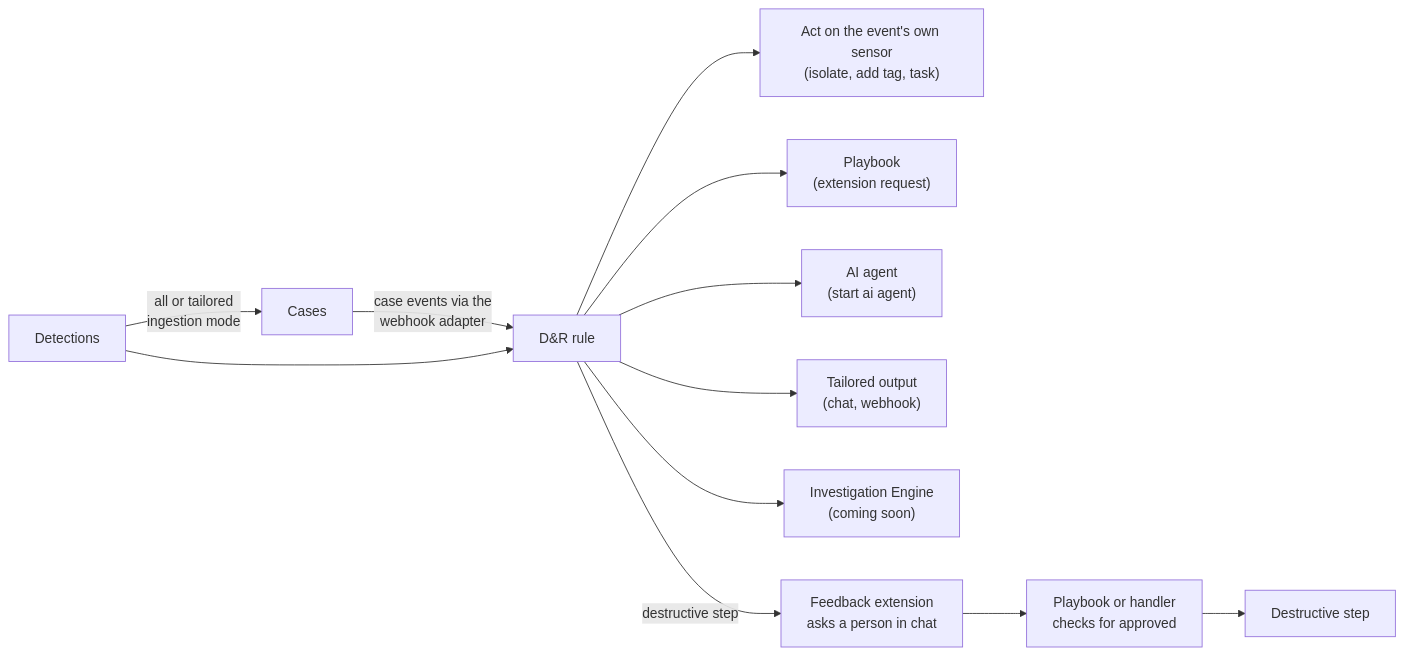
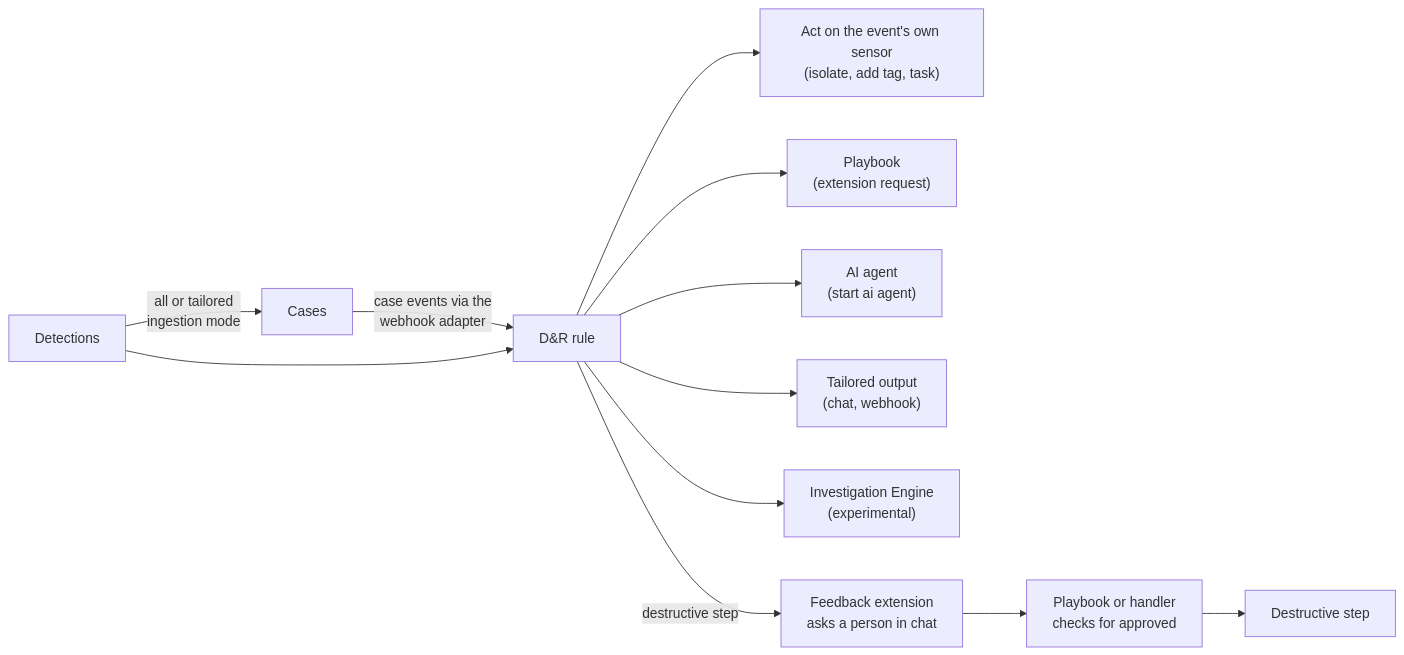
The second of 2 diagrams in docs/1-getting-started/mssp-deployment/detection-response.md (refractionPOINT/documentation), drawn with Mermaid before and after one commit. The commit also changed other lines of this file and 23 other files, not shown here.

Commit message:
Rewrite the Investigation Engine docs: templates decide, one settings record, run queue, custom code and AI agents

````diff
--- a/docs/1-getting-started/mssp-deployment/detection-response.md
+++ b/docs/1-getting-started/mssp-deployment/detection-response.md
@@ -108,14 +108,14 @@
 ```mermaid
 flowchart LR
     DET["Detections"] -->|"all or tailored<br/>ingestion mode"| CASES["Cases"]
     CASES -->|"case events via the<br/>webhook adapter"| RULE["D&R rule"]
     DET --> RULE
     RULE --> SENSOR["Act on the event's own sensor<br/>(isolate, add tag, task)"]
     RULE --> PB["Playbook<br/>(extension request)"]
     RULE --> AI["AI agent<br/>(start ai agent)"]
     RULE --> OUT["Tailored output<br/>(chat, webhook)"]
-    RULE --> IE["Investigation Engine<br/>(coming soon)"]
+    RULE --> IE["Investigation Engine<br/>(experimental)"]
     RULE -->|"destructive step"| FB["Feedback extension<br/>asks a person in chat"]
     FB --> HAND["Playbook or handler<br/>checks for approved"]
     HAND --> DEST["Destructive step"]
 ```
````
